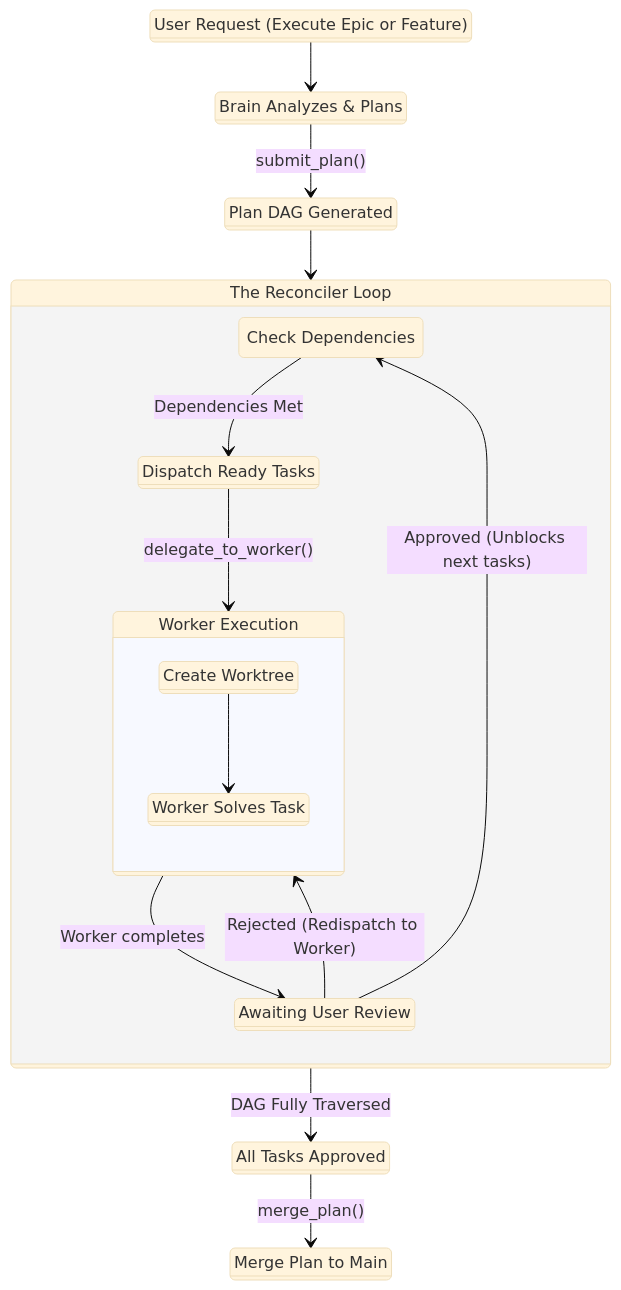
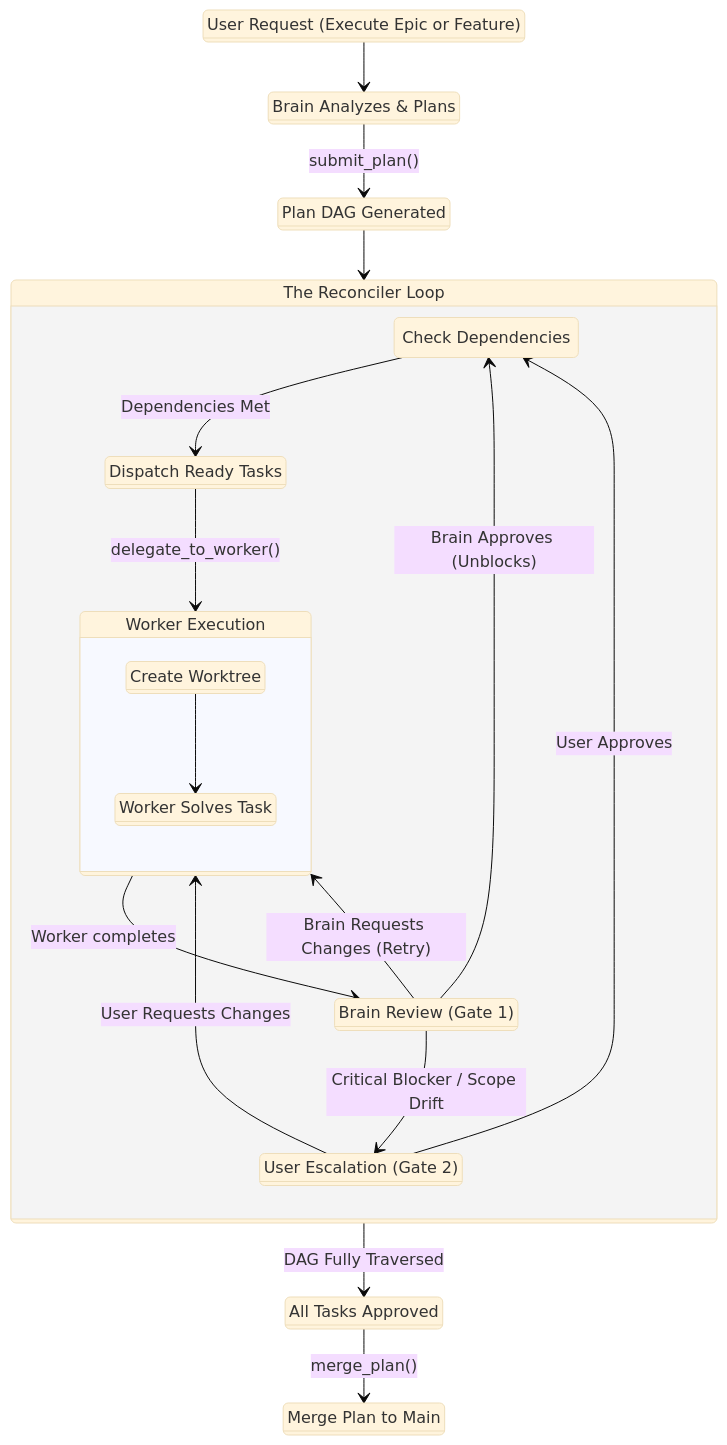
One commit to getspur/spur changed the first of 3 diagrams in docs/user-docs/04-issues-and-planning.md. Above: the diagram before and after it, drawn with Mermaid (base theme). The commit also changed other lines of this file, not shown here.

Commit message:
docs: clarify Two-Tier review gates in user docs and sync submodule

````diff
--- a/docs/user-docs/04-issues-and-planning.md
+++ b/docs/user-docs/04-issues-and-planning.md
@@ -113,41 +113,47 @@
 ```mermaid
 stateDiagram-v2
     %% Define styles
     classDef brainState fill:#1f6feb,color:#fff,stroke:#113d8f,stroke-width:2px;
     classDef workerState fill:#238636,color:#fff,stroke:#2ea043,stroke-width:2px;
     classDef systemState fill:#444,color:#fff,stroke:#222,stroke-width:2px;
     classDef userState fill:#9e6a03,color:#fff,stroke:#d29922,stroke-width:2px;
 
     state "User Request (Execute Epic or Feature)" as Request:::userState
     state "Brain Analyzes & Plans" as Planning:::brainState
     state "Plan DAG Generated" as DAG:::systemState
     
     state "The Reconciler Loop" as Reconciler {
         state "Check Dependencies" as CheckDeps
         state "Dispatch Ready Tasks" as Dispatch:::systemState
         
         state "Worker Execution" as Executing {
             state "Create Worktree" as WT:::systemState
             state "Worker Solves Task" as Worker:::workerState
             WT --> Worker
         }
         
-        state "Awaiting User Review" as Review:::userState
+        state "Brain Review (Gate 1)" as BrainReview:::brainState
+        state "User Escalation (Gate 2)" as UserEscalation:::userState
         
         CheckDeps --> Dispatch : Dependencies Met
         Dispatch --> Executing : delegate_to_worker()
-        Executing --> Review : Worker completes
-        Review --> CheckDeps : Approved (Unblocks next tasks)
-        Review --> Executing : Rejected (Redispatch to Worker)
+        Executing --> BrainReview : Worker completes
+        
+        BrainReview --> CheckDeps : Brain Approves (Unblocks)
+        BrainReview --> Executing : Brain Requests Changes (Retry)
+        BrainReview --> UserEscalation : Critical Blocker / Scope Drift
+        
+        UserEscalation --> CheckDeps : User Approves
+        UserEscalation --> Executing : User Requests Changes
     }
     
     state "All Tasks Approved" as Complete:::systemState
     state "Merge Plan to Main" as Merge:::brainState
 
     Request --> Planning
     Planning --> DAG : submit_plan()
     DAG --> Reconciler
     
     Reconciler --> Complete : DAG Fully Traversed
     Complete --> Merge : merge_plan()
 ```
````
